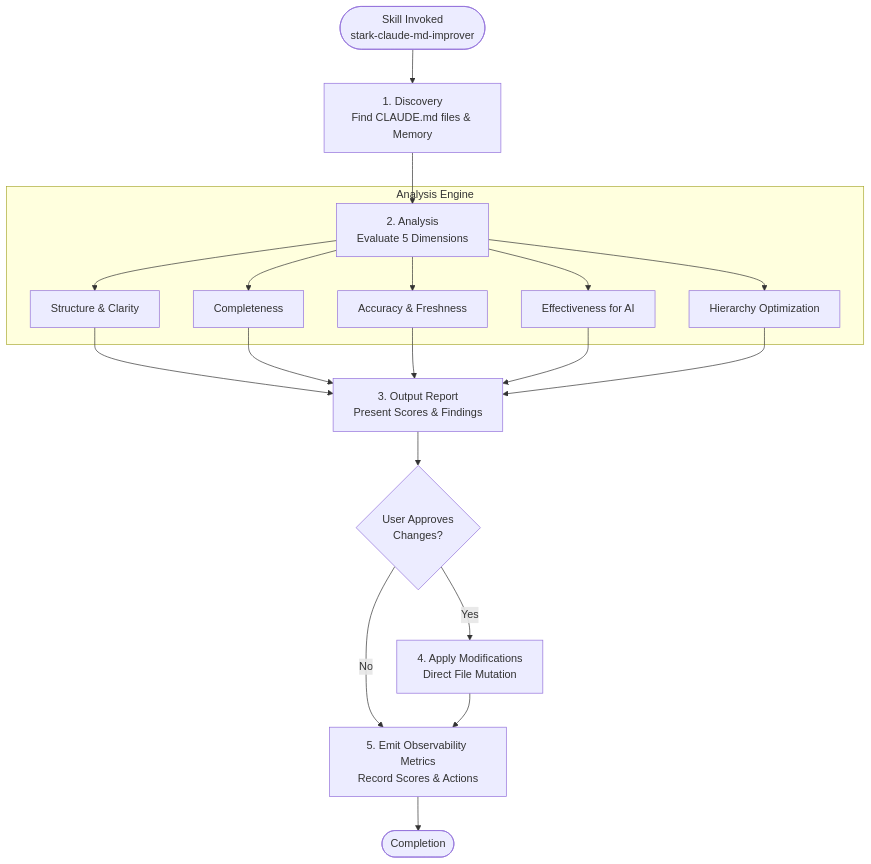
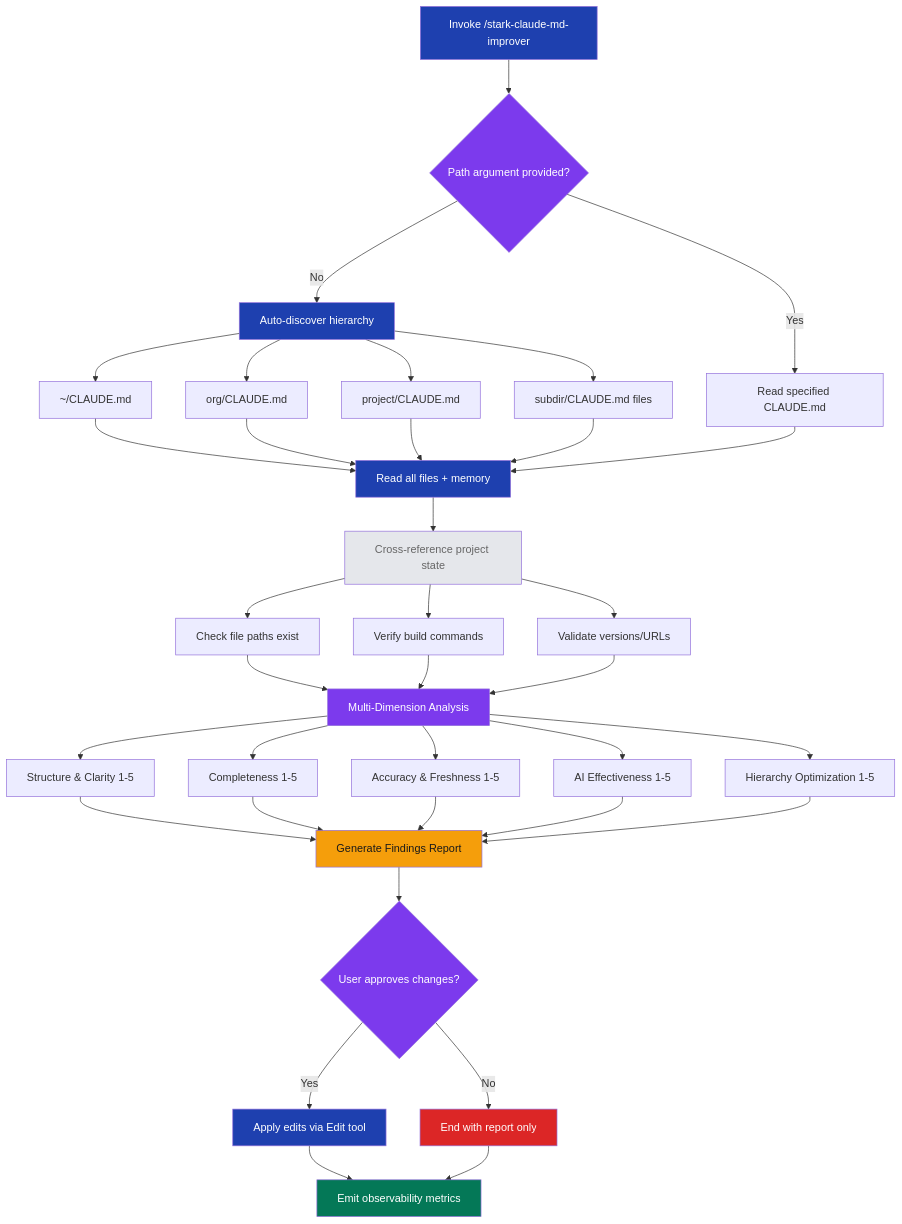
The diagram in docs/skills/stark-claude-md-improver/internals.md (21StarkCom/stark-skills), drawn with Mermaid before and after one commit. The commit also changed other lines of this file and 185 other files, not shown here.

````diff
--- a/docs/skills/stark-claude-md-improver/internals.md
+++ b/docs/skills/stark-claude-md-improver/internals.md
@@ -7,22 +7,49 @@
 ```mermaid
 graph TD
-    Trigger([Skill Invoked<br>stark-claude-md-improver]) --> Discovery[1. Discovery<br>Find CLAUDE.md files & Memory]
-    Discovery --> Analysis[2. Analysis<br>Evaluate 5 Dimensions]
-    
-    subgraph Analysis Engine
-        Analysis --> D1[Structure & Clarity]
-        Analysis --> D2[Completeness]
-        Analysis --> D3[Accuracy & Freshness]
-        Analysis --> D4[Effectiveness for AI]
-        Analysis --> D5[Hierarchy Optimization]
-    end
-    
-    D1 & D2 & D3 & D4 & D5 --> Report[3. Output Report<br>Present Scores & Findings]
-    Report --> Decision{User Approves<br>Changes?}
-    
-    Decision -- Yes --> Apply[4. Apply Modifications<br>Direct File Mutation]
-    Decision -- No --> Telemetry
-    
-    Apply --> Telemetry[5. Emit Observability Metrics<br>Record Scores & Actions]
-    Telemetry --> End([Completion])
+    A[Invoke /stark-claude-md-improver] --> B{Path argument provided?}
+    B -->|Yes| C[Read specified CLAUDE.md]
+    B -->|No| D[Auto-discover hierarchy]
+    D --> D1[~/CLAUDE.md]
+    D --> D2[org/CLAUDE.md]
+    D --> D3[project/CLAUDE.md]
+    D --> D4[subdir/CLAUDE.md files]
+    D1 --> E[Read all files + memory]
+    D2 --> E
+    D3 --> E
+    D4 --> E
+    C --> E
+    E --> F[Cross-reference project state]
+    F --> F1[Check file paths exist]
+    F --> F2[Verify build commands]
+    F --> F3[Validate versions/URLs]
+    F1 --> G[Multi-Dimension Analysis]
+    F2 --> G
+    F3 --> G
+    G --> G1[Structure & Clarity 1-5]
+    G --> G2[Completeness 1-5]
+    G --> G3[Accuracy & Freshness 1-5]
+    G --> G4[AI Effectiveness 1-5]
+    G --> G5[Hierarchy Optimization 1-5]
+    G1 --> H[Generate Findings Report]
+    G2 --> H
+    G3 --> H
+    G4 --> H
+    G5 --> H
+    H --> I{User approves changes?}
+    I -->|Yes| J[Apply edits via Edit tool]
+    I -->|No| K[End with report only]
+    J --> L[Emit observability metrics]
+    K --> L
+
+    style A fill:#1e40af,color:#fff
+    style B fill:#7c3aed,color:#fff
+    style D fill:#1e40af,color:#fff
+    style E fill:#1e40af,color:#fff
+    style F fill:#e5e7eb,color:#666
+    style G fill:#7c3aed,color:#fff
+    style H fill:#f59e0b,color:#1a1a1a
+    style I fill:#7c3aed,color:#fff
+    style J fill:#1e40af,color:#fff
+    style K fill:#dc2626,color:#fff
+    style L fill:#047857,color:#fff
 ```
````
